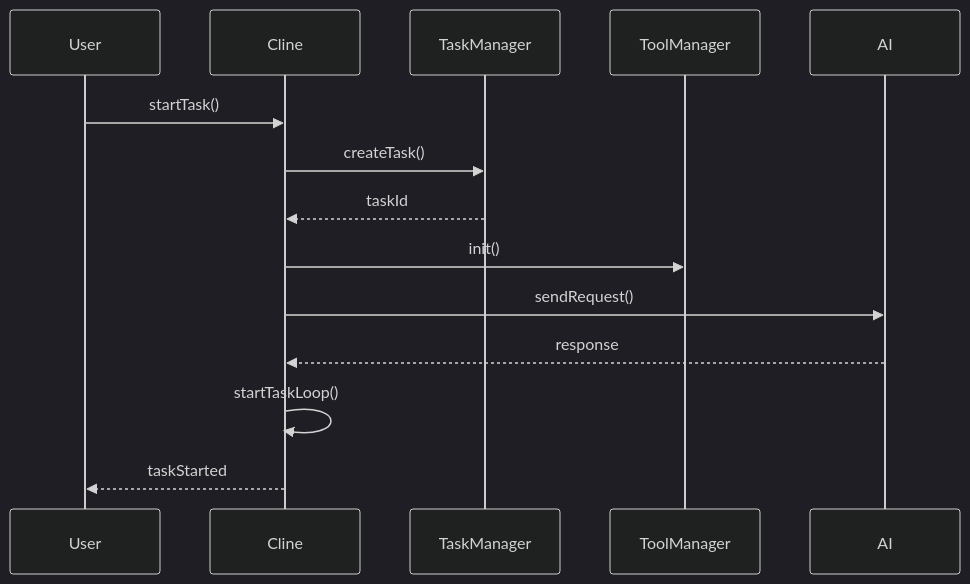
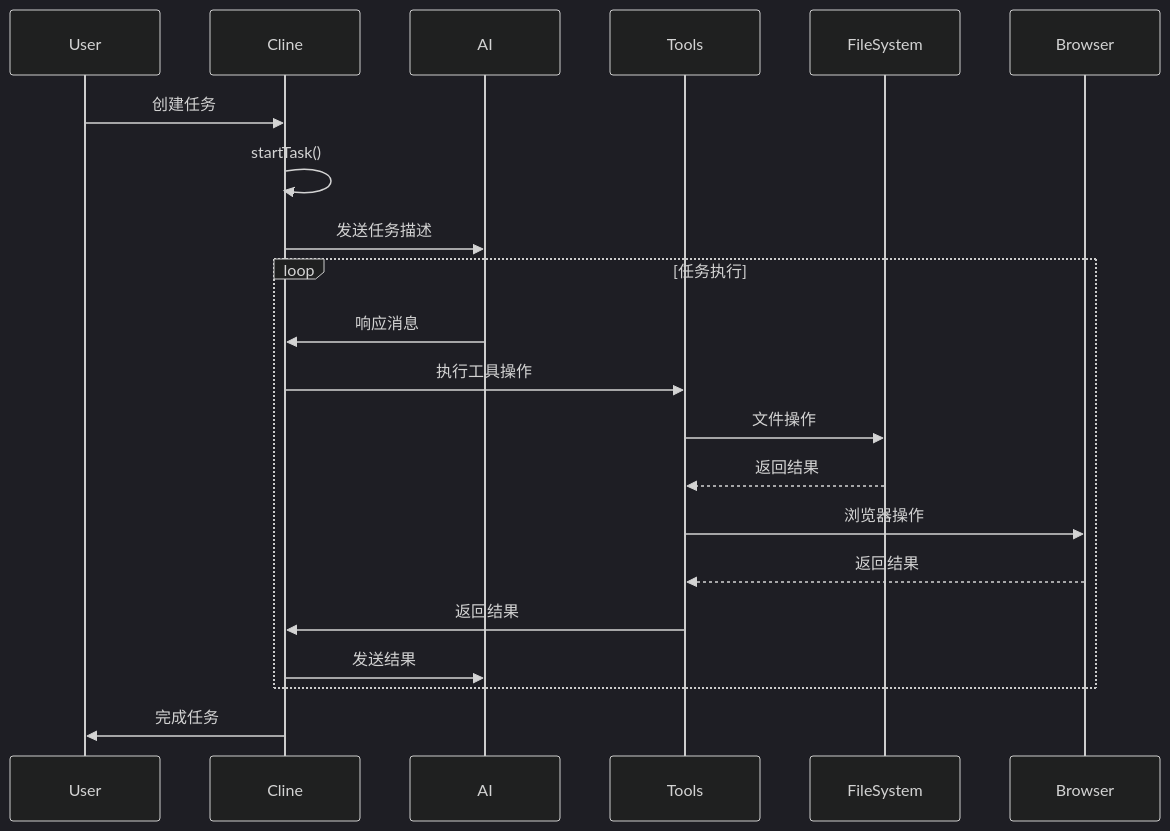
Before and after one commit to cline/cline: the sixth of 11 diagrams in cline_docs/cline_ts_guide.md, drawn with Mermaid (dark theme). The commit also changed 9 other files, not shown here.

````diff
--- a/cline_docs/cline_ts_guide.md
+++ b/cline_docs/cline_ts_guide.md
@@ -129,17 +129,24 @@
 ```mermaid
 sequenceDiagram
     participant User
     participant Cline
-    participant TaskManager
-    participant ToolManager
     participant AI
-    
-    User->>Cline: startTask()
-    Cline->>TaskManager: createTask()
-    TaskManager-->>Cline: taskId
-    Cline->>ToolManager: init()
-    Cline->>AI: sendRequest()
-    AI-->>Cline: response
-    Cline->>Cline: startTaskLoop()
-    Cline-->>User: taskStarted
+    participant Tools
+    participant FileSystem
+    participant Browser
+
+    User->>Cline: 创建任务
+    Cline->>Cline: startTask()
+    Cline->>AI: 发送任务描述
+    loop 任务执行
+        AI->>Cline: 响应消息
+        Cline->>Tools: 执行工具操作
+        Tools->>FileSystem: 文件操作
+        FileSystem-->>Tools: 返回结果
+        Tools->>Browser: 浏览器操作
+        Browser-->>Tools: 返回结果
+        Tools->>Cline: 返回结果
+        Cline->>AI: 发送结果
+    end
+    Cline->>User: 完成任务
 ```
````
